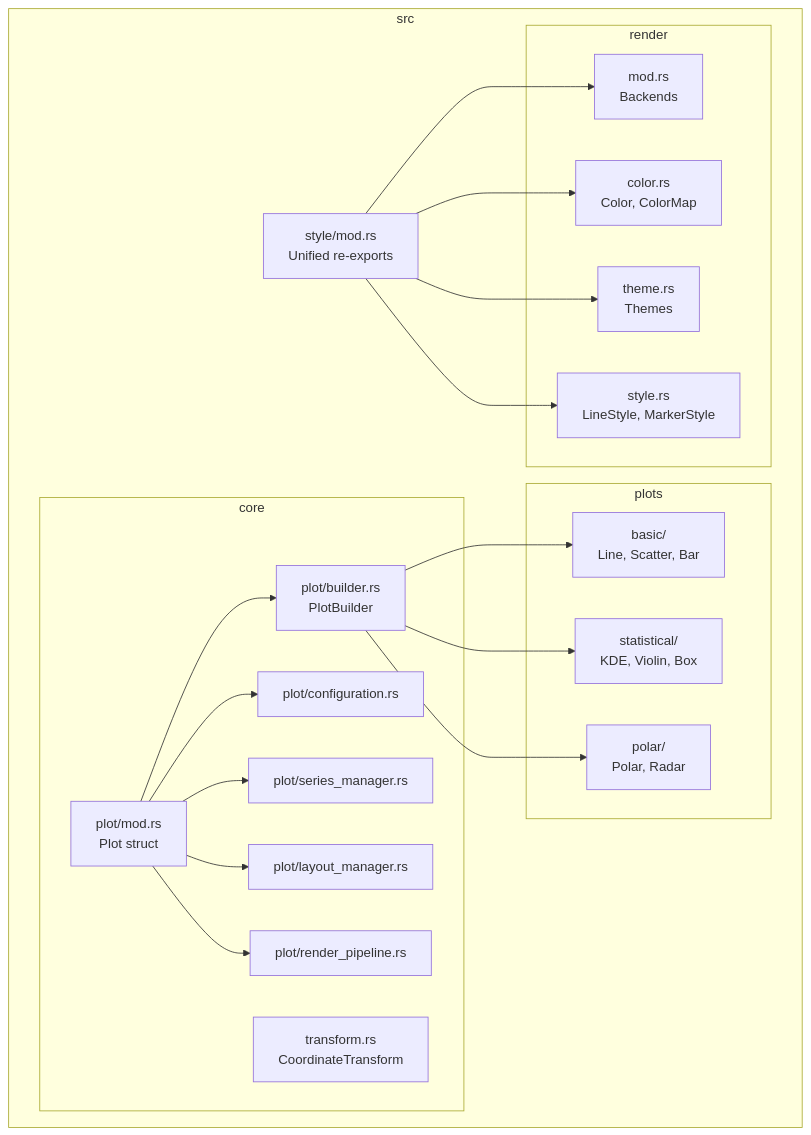
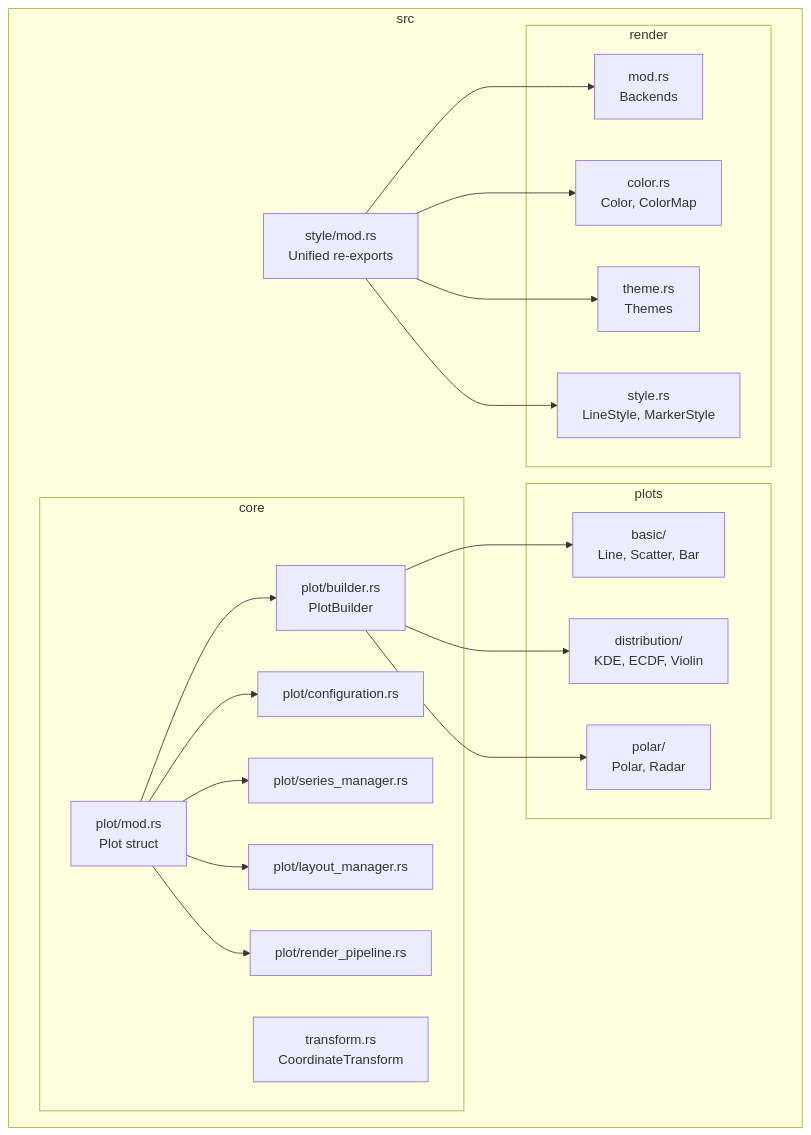
One commit to Ameyanagi/ruviz changed the fifth of 7 diagrams in docs/ARCHITECTURE.md. Above: the diagram before and after it, drawn with Mermaid. The commit also changed other lines of this file and 80 other files, not shown here.

````diff
--- a/docs/ARCHITECTURE.md
+++ b/docs/ARCHITECTURE.md
@@ -183,42 +210,42 @@
 ```mermaid
 graph TD
     subgraph src
         subgraph core
             A[plot/mod.rs<br/>Plot struct]
             B[plot/builder.rs<br/>PlotBuilder]
             C[plot/configuration.rs]
             D[plot/series_manager.rs]
             E[plot/layout_manager.rs]
             F[plot/render_pipeline.rs]
             G[transform.rs<br/>CoordinateTransform]
         end
 
         subgraph plots
             H[basic/<br/>Line, Scatter, Bar]
-            I[statistical/<br/>KDE, Violin, Box]
+            I[distribution/<br/>KDE, ECDF, Violin]
             J[polar/<br/>Polar, Radar]
         end
 
         subgraph render
             K[mod.rs<br/>Backends]
             L[color.rs<br/>Color, ColorMap]
             M[theme.rs<br/>Themes]
             N[style.rs<br/>LineStyle, MarkerStyle]
         end
 
         O[style/mod.rs<br/>Unified re-exports]
     end
 
     A --> B
     A --> C
     A --> D
     A --> E
     A --> F
     B --> H
     B --> I
     B --> J
     O --> K
     O --> L
     O --> M
     O --> N
 ```
````
